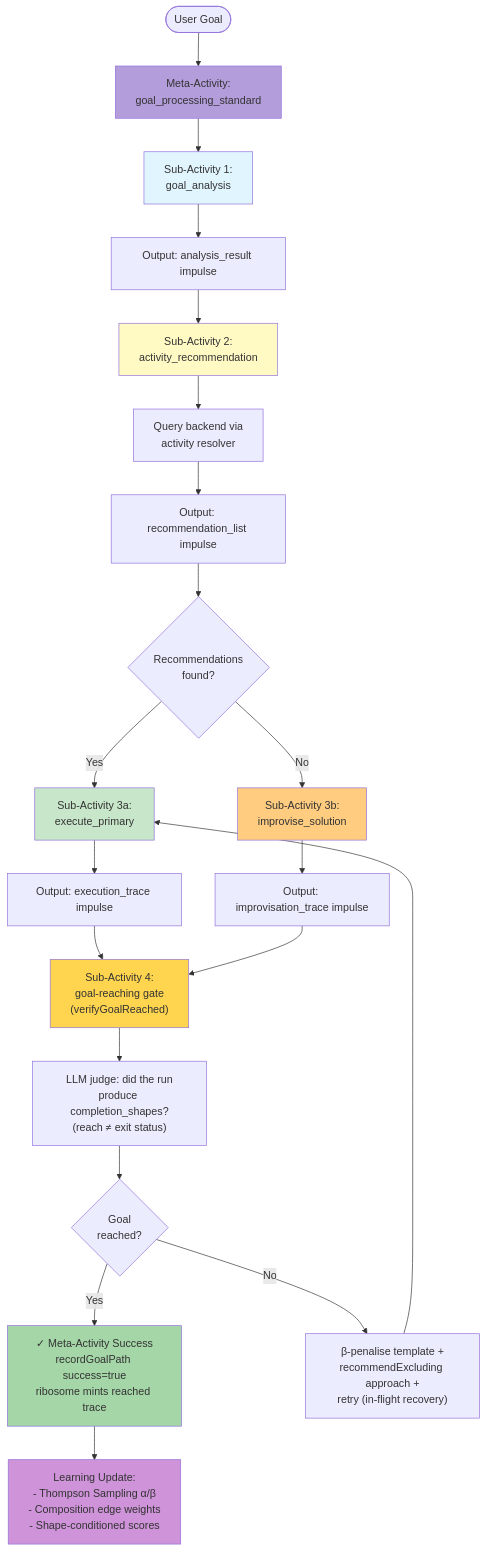
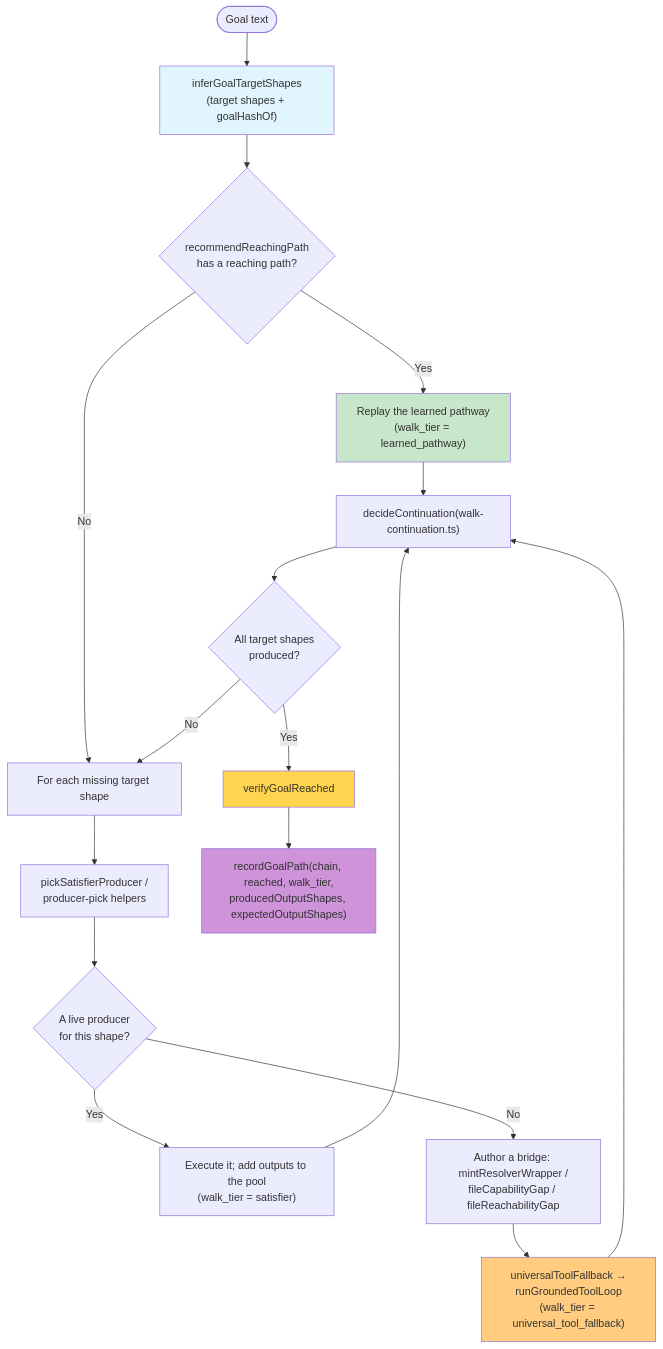
The second of 5 diagrams in docs/architecture/sequences/01-activity-selection.md (AviGopal/substrate), drawn with Mermaid before and after one commit. The commit also changed other lines of this file and 43 other files, not shown here.

````diff
--- a/docs/architecture/sequences/01-activity-selection.md
+++ b/docs/architecture/sequences/01-activity-selection.md
@@ -202,41 +99,32 @@
 ```mermaid
 graph TD
-    Start([User Goal]) --> MetaActivity["Meta-Activity:<br/>goal_processing_standard"]
+    Start([Goal text]) --> Infer["inferGoalTargetShapes<br/>(target shapes + goalHashOf)"]
 
-    MetaActivity --> Sub1["Sub-Activity 1:<br/>goal_analysis"]
-    Sub1 --> Sub1Out["Output: analysis_result impulse"]
-    Sub1Out --> Sub2["Sub-Activity 2:<br/>activity_recommendation"]
+    Infer --> Reuse{"recommendReachingPath<br/>has a reaching path?"}
+    Reuse -->|Yes| Learned["Replay the learned pathway<br/>(walk_tier = learned_pathway)"]
+    Reuse -->|No| Missing["For each missing target shape"]
 
-    Sub2 --> Sub2Query["Query backend via<br/>activity resolver"]
-    Sub2Query --> Sub2Out["Output: recommendation_list impulse"]
-    Sub2Out --> Decision1{Recommendations<br/>found?}
+    Missing --> Producer["pickSatisfierProducer /<br/>producer-pick helpers"]
+    Producer --> Have{"A live producer<br/>for this shape?"}
 
-    Decision1 -->|Yes| Sub3A["Sub-Activity 3a:<br/>execute_primary"]
-    Decision1 -->|No| Sub3B["Sub-Activity 3b:<br/>improvise_solution"]
+    Have -->|Yes| Exec["Execute it; add outputs to the pool<br/>(walk_tier = satisfier)"]
+    Have -->|No| Bridge["Author a bridge: mintResolverWrapper /<br/>fileCapabilityGap / fileReachabilityGap"]
 
-    Sub3A --> Sub3AOut["Output: execution_trace impulse"]
-    Sub3B --> Sub3BOut["Output: improvisation_trace impulse"]
+    Bridge --> Fallback["universalToolFallback →<br/>runGroundedToolLoop<br/>(walk_tier = universal_tool_fallback)"]
 
-    Sub3AOut --> Sub4
-    Sub3BOut --> Sub4
+    Exec --> Cont["decideContinuation(walk-continuation.ts)"]
+    Learned --> Cont
+    Fallback --> Cont
 
-    Sub4["Sub-Activity 4:<br/>goal-reaching gate<br/>(verifyGoalReached)"]
-    Sub4 --> Sub4Check["LLM judge: did the run<br/>produce completion_shapes?<br/>(reach ≠ exit status)"]
-    Sub4Check --> Decision2{Goal<br/>reached?}
+    Cont --> Done{"All target shapes<br/>produced?"}
+    Done -->|No| Missing
+    Done -->|Yes| Gate["verifyGoalReached"]
 
-    Decision2 -->|Yes| Success["✓ Meta-Activity Success<br/>recordGoalPath success=true<br/>ribosome mints reached trace"]
-    Decision2 -->|No| Loop["β-penalise template +<br/>recommendExcluding approach +<br/>retry (in-flight recovery)"]
+    Gate --> Record["recordGoalPath(chain, reached, walk_tier,<br/>producedOutputShapes, expectedOutputShapes)"]
 
-    Loop --> Sub3A
-
-    Success --> Learning["Learning Update:<br/>- Thompson Sampling α/β<br/>- Composition edge weights<br/>- Shape-conditioned scores"]
-
-    style MetaActivity fill:#b39ddb
-    style Sub1 fill:#e1f5ff
-    style Sub2 fill:#fff9c4
-    style Sub3A fill:#c8e6c9
-    style Sub3B fill:#ffcc80
-    style Sub4 fill:#ffd54f
-    style Success fill:#a5d6a7
-    style Learning fill:#ce93d8
+    style Infer fill:#e1f5ff
+    style Learned fill:#c8e6c9
+    style Fallback fill:#ffcc80
+    style Gate fill:#ffd54f
+    style Record fill:#ce93d8
 ```
````
